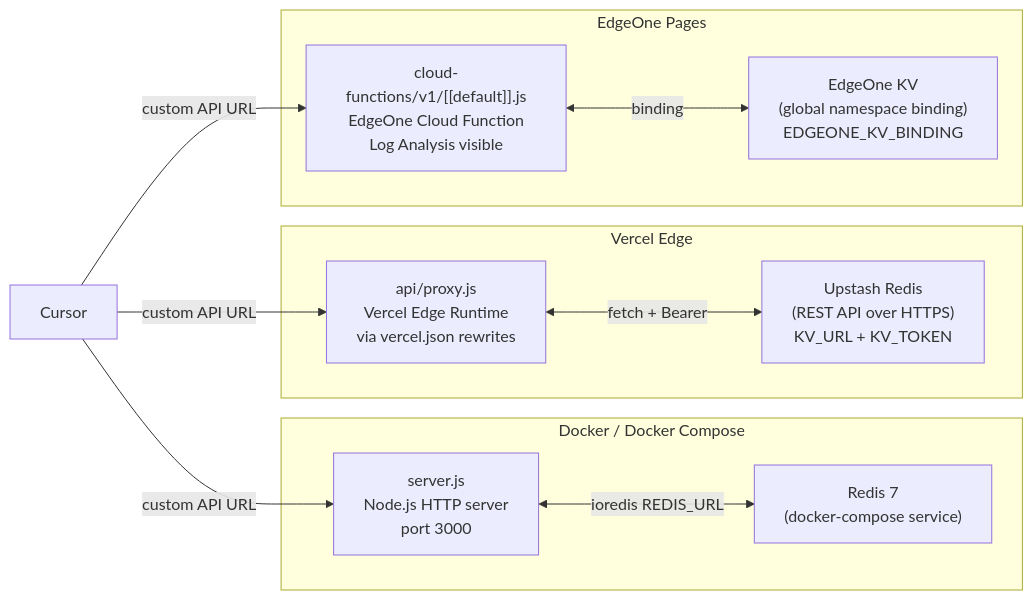
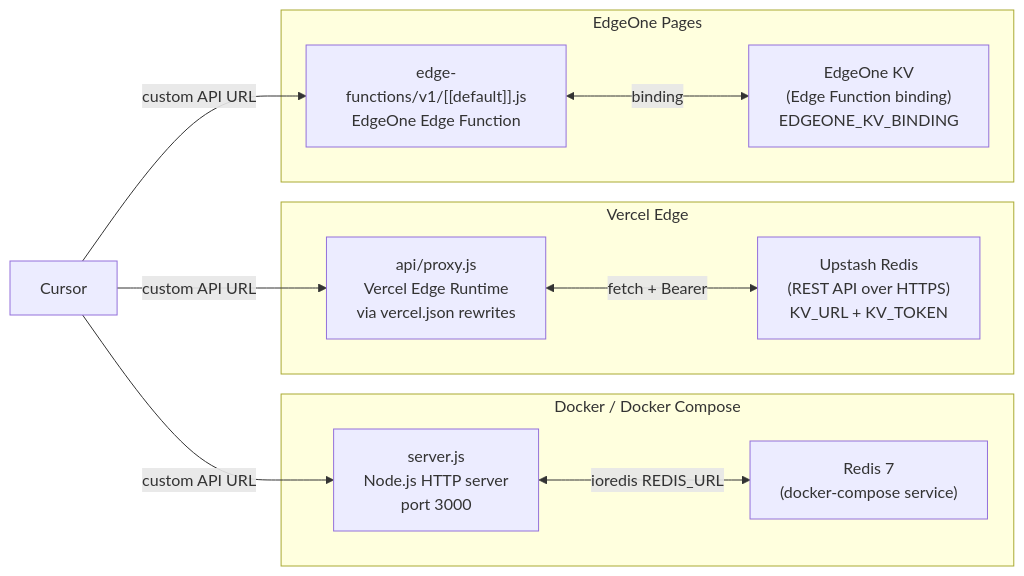
The second of 4 diagrams in doc/architecture-overview.md (lqdflying/cursorProxy), drawn with Mermaid before and after one commit. The commit also changed other lines of this file and 16 other files, not shown here.

Commit message:
Fix EdgeOne Pages KV binding runtime

````diff
--- a/doc/architecture-overview.md
+++ b/doc/architecture-overview.md
@@ -58,24 +58,24 @@
 ```mermaid
 flowchart LR
     subgraph "Docker / Docker Compose"
         SC["server.js\nNode.js HTTP server\nport 3000"]
         RD["Redis 7\n(docker-compose service)"]
         SC <-->|ioredis REDIS_URL| RD
     end
 
     subgraph "Vercel Edge"
         VEF["api/proxy.js\nVercel Edge Runtime\nvia vercel.json rewrites"]
         UP_KV["Upstash Redis\n(REST API over HTTPS)\nKV_URL + KV_TOKEN"]
         VEF <-->|fetch + Bearer| UP_KV
     end
 
     subgraph "EdgeOne Pages"
-        EOF["cloud-functions/v1/[[default]].js\nEdgeOne Cloud Function\nLog Analysis visible"]
-        EO_KV["EdgeOne KV\n(global namespace binding)\nEDGEONE_KV_BINDING"]
+        EOF["edge-functions/v1/[[default]].js\nEdgeOne Edge Function"]
+        EO_KV["EdgeOne KV\n(Edge Function binding)\nEDGEONE_KV_BINDING"]
         EOF <-->|binding| EO_KV
     end
 
     Cursor -->|custom API URL| SC
     Cursor -->|custom API URL| VEF
     Cursor -->|custom API URL| EOF
 ```
````
